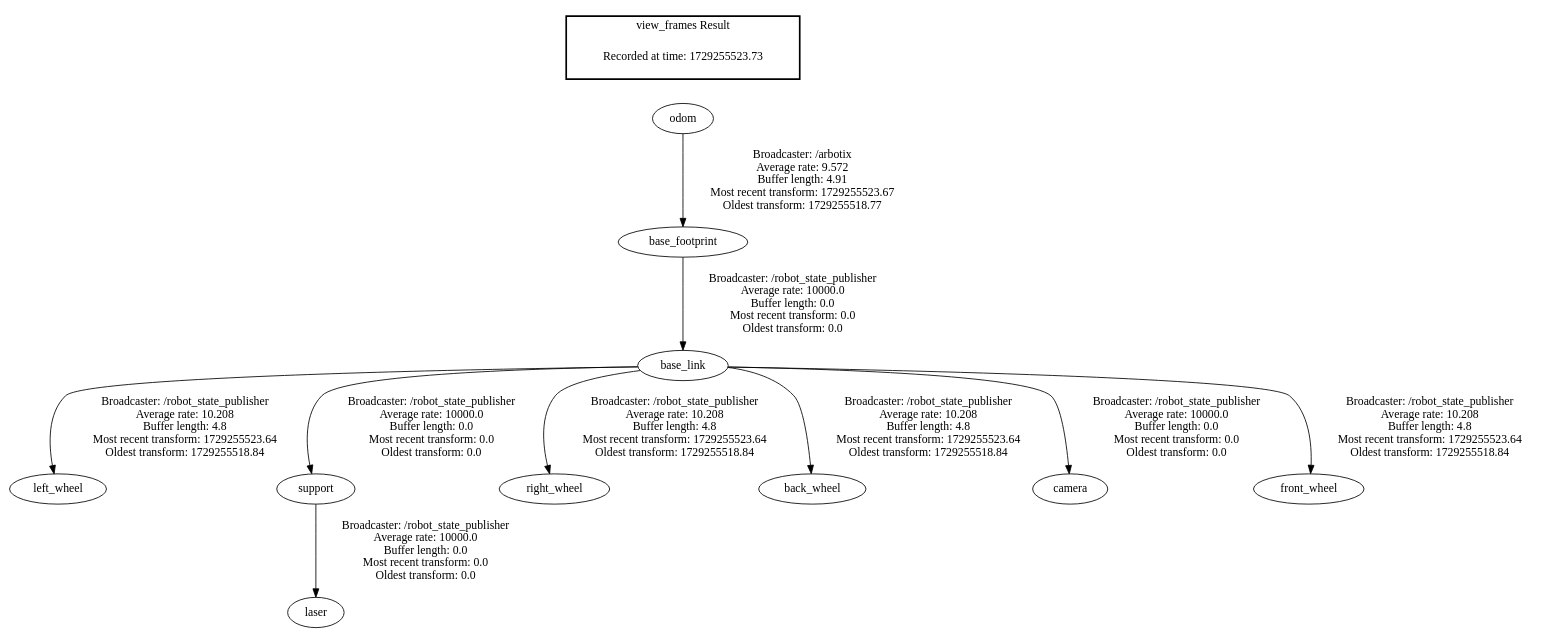
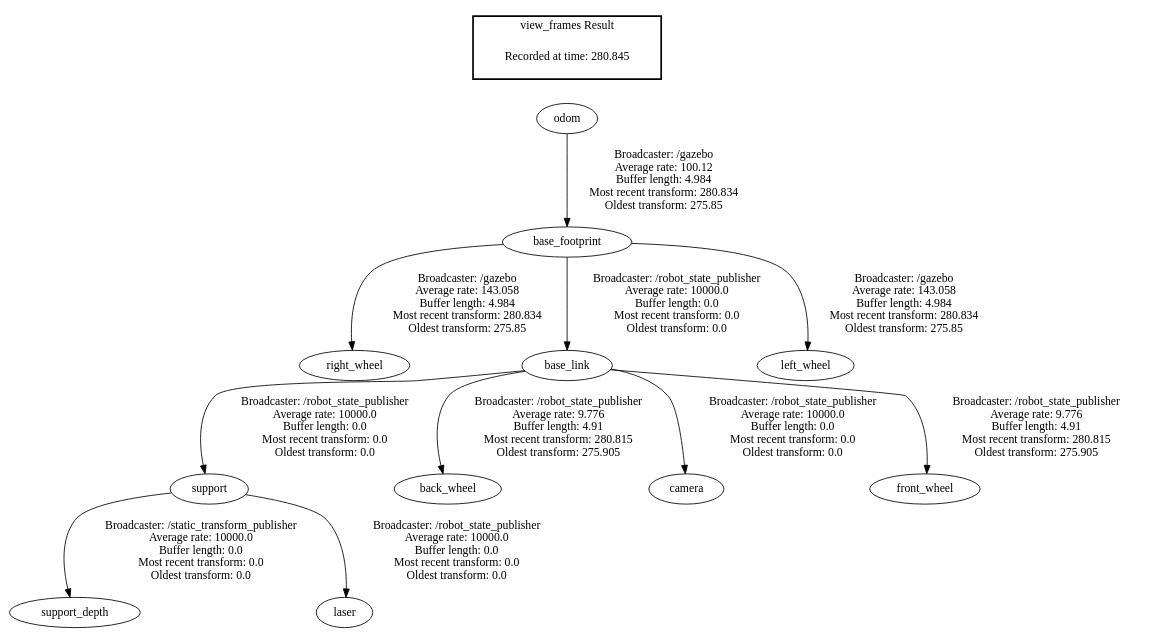
One commit to XUWENYUhohai/learn_ros changed the diagram in frames.gv. Above: the diagram before and after it, drawn with Graphviz. The commit also changed 40 other files, not shown here.

```diff
--- a/frames.gv
+++ b/frames.gv
@@ -1,15 +1,16 @@
 digraph G {
-"base_link" -> "left_wheel"[label=" Broadcaster: /robot_state_publisher\nAverage rate: 10.208\nBuffer length: 4.8\nMost recent transform: 1729255523.64\nOldest transform: 1729255518.84\n"];
+"base_footprint" -> "right_wheel"[label=" Broadcaster: /gazebo\nAverage rate: 143.058\nBuffer length: 4.984\nMost recent transform: 280.834\nOldest transform: 275.85\n"];
+"support" -> "support_depth"[label=" Broadcaster: /static_transform_publisher\nAverage rate: 10000.0\nBuffer length: 0.0\nMost recent transform: 0.0\nOldest transform: 0.0\n"];
 "base_footprint" -> "base_link"[label=" Broadcaster: /robot_state_publisher\nAverage rate: 10000.0\nBuffer length: 0.0\nMost recent transform: 0.0\nOldest transform: 0.0\n"];
 "support" -> "laser"[label=" Broadcaster: /robot_state_publisher\nAverage rate: 10000.0\nBuffer length: 0.0\nMost recent transform: 0.0\nOldest transform: 0.0\n"];
-"base_link" -> "right_wheel"[label=" Broadcaster: /robot_state_publisher\nAverage rate: 10.208\nBuffer length: 4.8\nMost recent transform: 1729255523.64\nOldest transform: 1729255518.84\n"];
+"base_footprint" -> "left_wheel"[label=" Broadcaster: /gazebo\nAverage rate: 143.058\nBuffer length: 4.984\nMost recent transform: 280.834\nOldest transform: 275.85\n"];
 "base_link" -> "support"[label=" Broadcaster: /robot_state_publisher\nAverage rate: 10000.0\nBuffer length: 0.0\nMost recent transform: 0.0\nOldest transform: 0.0\n"];
-"base_link" -> "back_wheel"[label=" Broadcaster: /robot_state_publisher\nAverage rate: 10.208\nBuffer length: 4.8\nMost recent transform: 1729255523.64\nOldest transform: 1729255518.84\n"];
+"base_link" -> "back_wheel"[label=" Broadcaster: /robot_state_publisher\nAverage rate: 9.776\nBuffer length: 4.91\nMost recent transform: 280.815\nOldest transform: 275.905\n"];
 "base_link" -> "camera"[label=" Broadcaster: /robot_state_publisher\nAverage rate: 10000.0\nBuffer length: 0.0\nMost recent transform: 0.0\nOldest transform: 0.0\n"];
-"base_link" -> "front_wheel"[label=" Broadcaster: /robot_state_publisher\nAverage rate: 10.208\nBuffer length: 4.8\nMost recent transform: 1729255523.64\nOldest transform: 1729255518.84\n"];
-"odom" -> "base_footprint"[label=" Broadcaster: /arbotix\nAverage rate: 9.572\nBuffer length: 4.91\nMost recent transform: 1729255523.67\nOldest transform: 1729255518.77\n"];
+"base_link" -> "front_wheel"[label=" Broadcaster: /robot_state_publisher\nAverage rate: 9.776\nBuffer length: 4.91\nMost recent transform: 280.815\nOldest transform: 275.905\n"];
+"odom" -> "base_footprint"[label=" Broadcaster: /gazebo\nAverage rate: 100.12\nBuffer length: 4.984\nMost recent transform: 280.834\nOldest transform: 275.85\n"];
 edge [style=invis];
  subgraph cluster_legend { style=bold; color=black; label ="view_frames Result";
-"Recorded at time: 1729255523.73"[ shape=plaintext ] ;
+"Recorded at time: 280.845"[ shape=plaintext ] ;
 }->"odom";
 }
```
